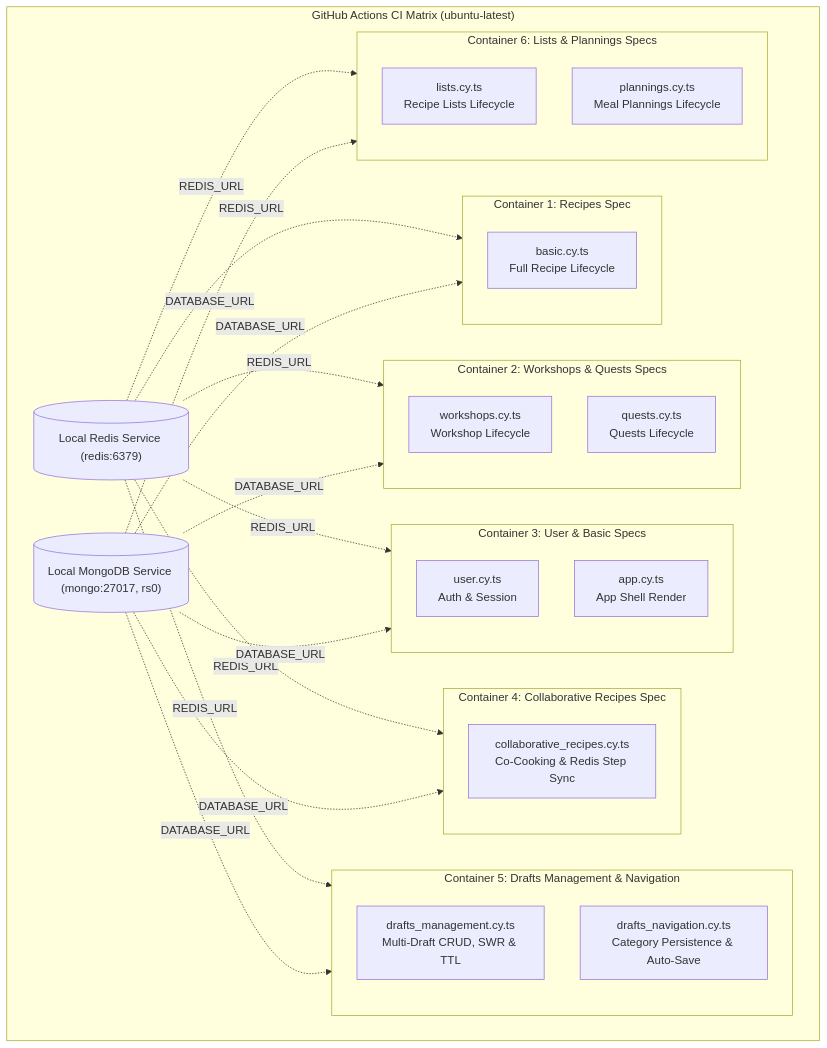
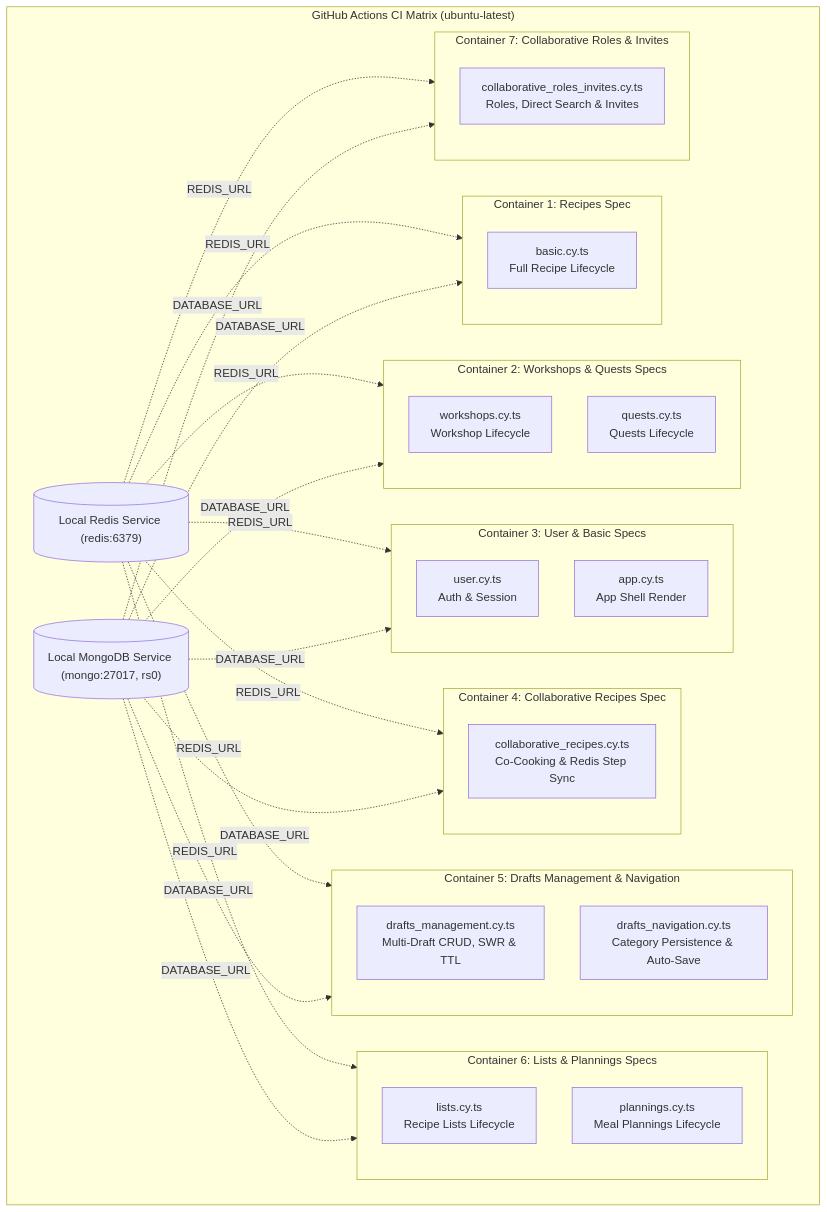
Before and after one commit to jorbush/jorbites: the first of 34 diagrams in docs/testing/e2e/workflows.md, drawn with Mermaid. The commit also changed other lines of this file and 27 other files, not shown here.

````diff
--- a/docs/testing/e2e/workflows.md
+++ b/docs/testing/e2e/workflows.md
@@ -9,49 +9,55 @@
 ```mermaid
 flowchart TD
     subgraph GitHubActions["GitHub Actions CI Matrix (ubuntu-latest)"]
         redisSvc[("Local Redis Service (redis:6379)")]
         mongoSvc[("Local MongoDB Service (mongo:27017, rs0)")]
 
         subgraph Job1["Container 1: Recipes Spec"]
             T1["basic.cy.ts<br/>Full Recipe Lifecycle"]
         end
 
         subgraph Job2["Container 2: Workshops & Quests Specs"]
             T2["workshops.cy.ts<br/>Workshop Lifecycle"]
             T3["quests.cy.ts<br/>Quests Lifecycle"]
         end
 
         subgraph Job3["Container 3: User & Basic Specs"]
             T4["user.cy.ts<br/>Auth & Session"]
             T5["app.cy.ts<br/>App Shell Render"]
         end
 
         subgraph Job4["Container 4: Collaborative Recipes Spec"]
             T6["collaborative_recipes.cy.ts<br/>Co-Cooking & Redis Step Sync"]
         end
 
         subgraph Job5["Container 5: Drafts Management & Navigation"]
             T7["drafts_management.cy.ts<br/>Multi-Draft CRUD, SWR & TTL"]
             T8["drafts_navigation.cy.ts<br/>Category Persistence & Auto-Save"]
         end
 
         subgraph Job6["Container 6: Lists & Plannings Specs"]
             T9["lists.cy.ts<br/>Recipe Lists Lifecycle"]
             T10["plannings.cy.ts<br/>Meal Plannings Lifecycle"]
         end
+
+        subgraph Job7["Container 7: Collaborative Roles & Invites"]
+            T11["collaborative_roles_invites.cy.ts<br/>Roles, Direct Search & Invites"]
+        end
     end
 
     redisSvc -.->|REDIS_URL| Job1
     redisSvc -.->|REDIS_URL| Job2
     redisSvc -.->|REDIS_URL| Job3
     redisSvc -.->|REDIS_URL| Job4
     redisSvc -.->|REDIS_URL| Job5
     redisSvc -.->|REDIS_URL| Job6
+    redisSvc -.->|REDIS_URL| Job7
 
     mongoSvc -.->|DATABASE_URL| Job1
     mongoSvc -.->|DATABASE_URL| Job2
     mongoSvc -.->|DATABASE_URL| Job3
     mongoSvc -.->|DATABASE_URL| Job4
     mongoSvc -.->|DATABASE_URL| Job5
     mongoSvc -.->|DATABASE_URL| Job6
+    mongoSvc -.->|DATABASE_URL| Job7
 ```
````
